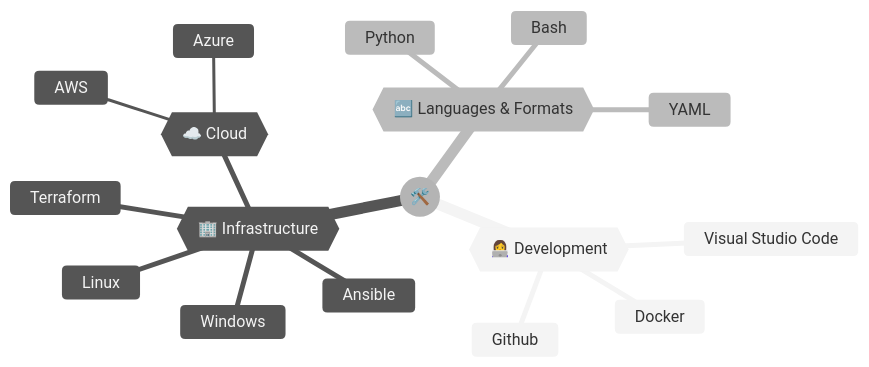
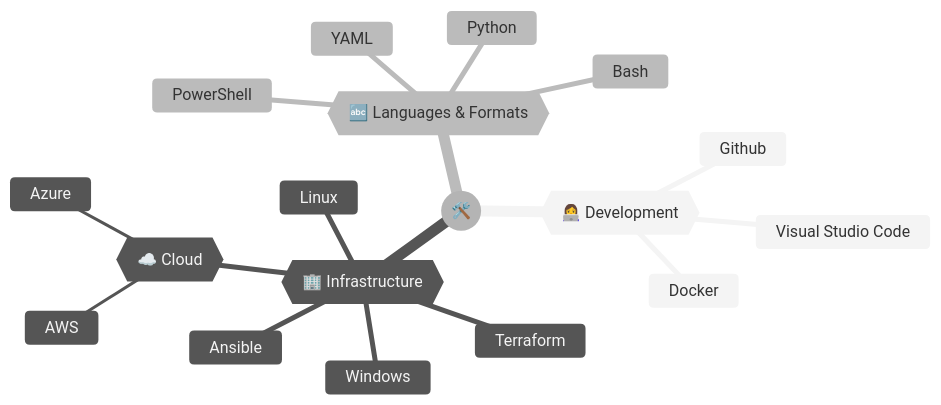
Before and after one commit to lwarnt/lwarnt: the diagram in README.md, drawn with Mermaid.

````diff
--- a/README.md
+++ b/README.md
@@ -8,25 +8,26 @@
 ```mermaid
 ---
 config:
   theme: neutral
   layout: tidy-tree
 ---
 mindmap
   root((🛠️))
     {{👩‍💻 Development}}
       Visual Studio Code
       Github
       Docker
     id{{🏢 Infrastructure}}
       Ansible
       Terraform
       Windows
       Linux
       {{☁️ Cloud}}
         AWS
         Azure
     id{{🔤 Languages & Formats}}
       Python
       YAML
       Bash
+      PowerShell
 ```
````
